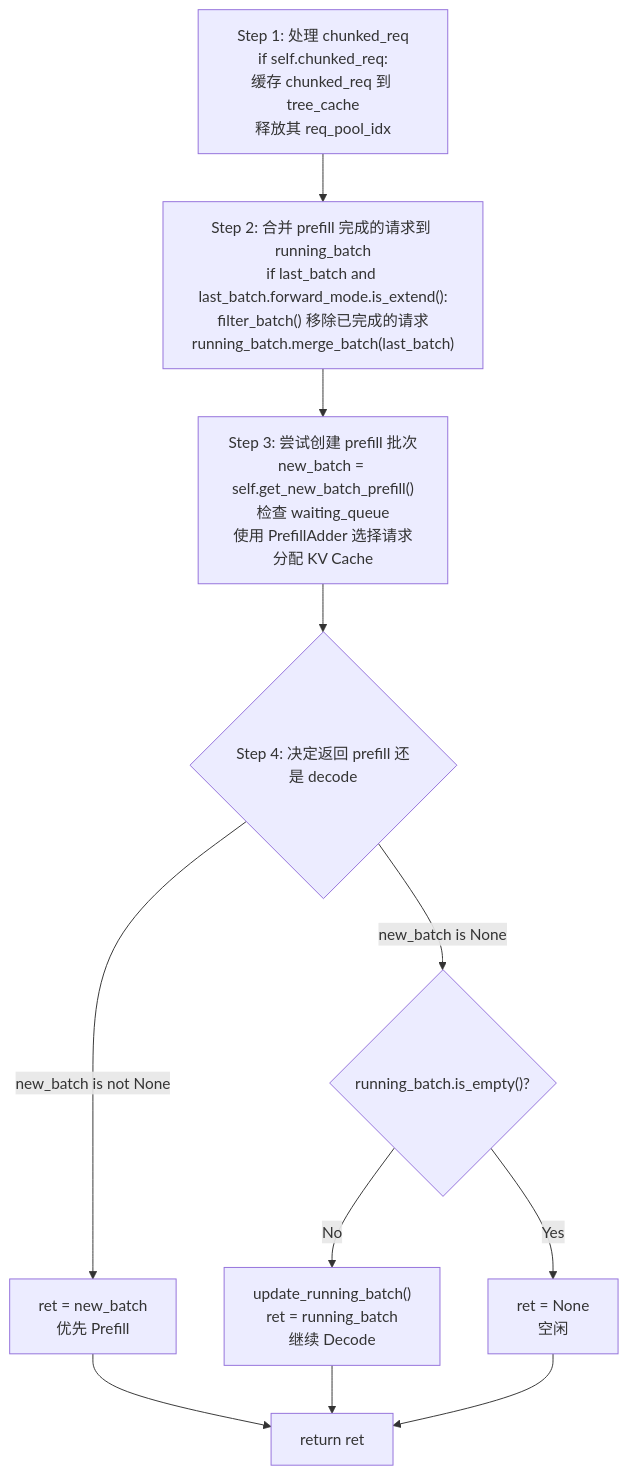
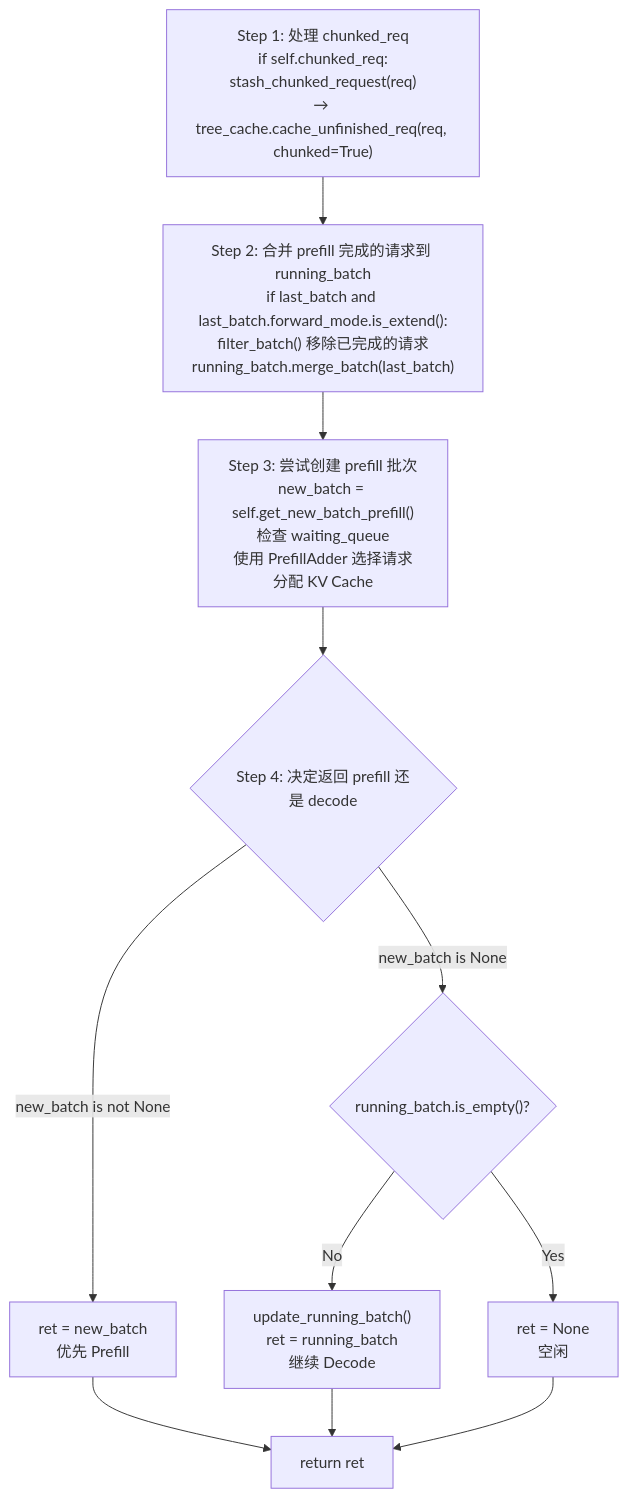
One commit to wesleyck/AIInfraNotes changed the sixth of 15 diagrams in SGLang/03-scheduler.md. Above: the diagram before and after it, drawn with Mermaid. The commit also changed other lines of this file and 26 other files, not shown here.

````diff
--- a/SGLang/03-scheduler.md
+++ b/SGLang/03-scheduler.md
@@ -621,21 +628,21 @@
 ```mermaid
 flowchart TD
-    S1["Step 1: 处理 chunked_req<br/>if self.chunked_req:<br/>缓存 chunked_req 到 tree_cache<br/>释放其 req_pool_idx"]
+    S1["Step 1: 处理 chunked_req<br/>if self.chunked_req:<br/>stash_chunked_request(req)<br/>→ tree_cache.cache_unfinished_req(req, chunked=True)"]
     S1 --> S2
 
     S2["Step 2: 合并 prefill 完成的请求到 running_batch<br/>if last_batch and last_batch.forward_mode.is_extend():<br/>filter_batch() 移除已完成的请求<br/>running_batch.merge_batch(last_batch)"]
     S2 --> S3
 
     S3["Step 3: 尝试创建 prefill 批次<br/>new_batch = self.get_new_batch_prefill()<br/>检查 waiting_queue<br/>使用 PrefillAdder 选择请求<br/>分配 KV Cache"]
     S3 --> S4
 
     S4{"Step 4: 决定返回 prefill 还是 decode"}
     S4 -->|"new_batch is not None"| R1["ret = new_batch<br/>优先 Prefill"]
     S4 -->|"new_batch is None"| C1{"running_batch.is_empty()?"}
     C1 -->|No| R2["update_running_batch()<br/>ret = running_batch<br/>继续 Decode"]
     C1 -->|Yes| R3["ret = None<br/>空闲"]
 
     R1 --> Ret["return ret"]
     R2 --> Ret
     R3 --> Ret
 ```
````
